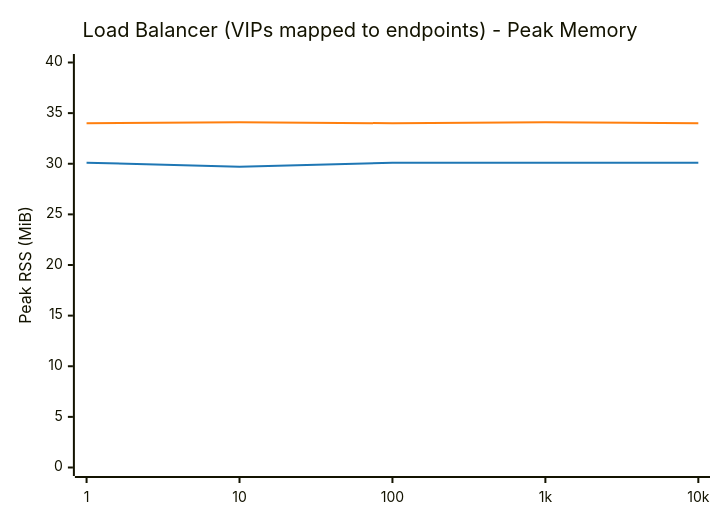
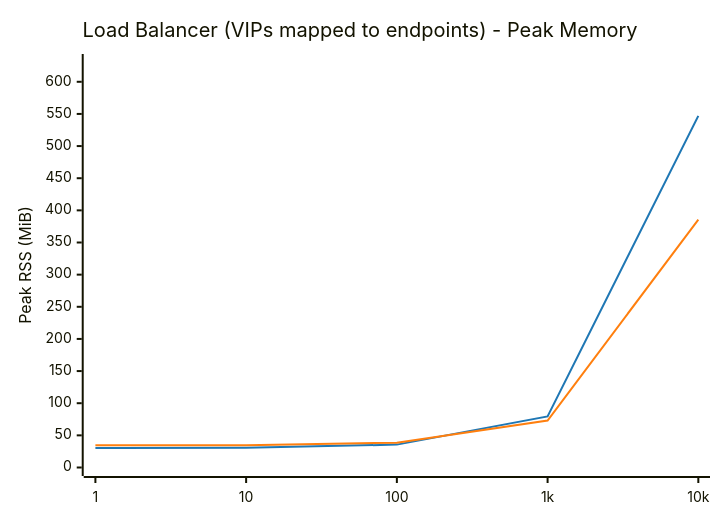
The tenth of 14 diagrams in results/BENCHMARK_REPORT.md (LionelJouin/ovs-ovn-bench), drawn with Mermaid before and after one commit. The commit also changed other lines of this file and 4 other files, not shown here.

````diff
--- a/results/BENCHMARK_REPORT.md
+++ b/results/BENCHMARK_REPORT.md
@@ -625,14 +625,14 @@
 ```mermaid
 ---
 config:
     themeVariables:
         xyChart:
             plotColorPalette: "#1f77b4, #ff7f0e"
 ---
 xychart-beta
     title "Load Balancer (VIPs mapped to endpoints) - Peak Memory"
     x-axis ["1", "10", "100", "1k", "10k"]
-    y-axis "Peak RSS (MiB)" 0 --> 40
-    line "glibc malloc" [30.1, 29.7, 30.1, 30.1, 30.1]
-    line "jemalloc" [34.0, 34.1, 34.0, 34.1, 34.0]
+    y-axis "Peak RSS (MiB)" 0 --> 630
+    line "glibc malloc" [30.4, 30.6, 35.6, 79.4, 547.0]
+    line "jemalloc" [34.5, 34.8, 38.6, 73.0, 385.6]
 ```
````
